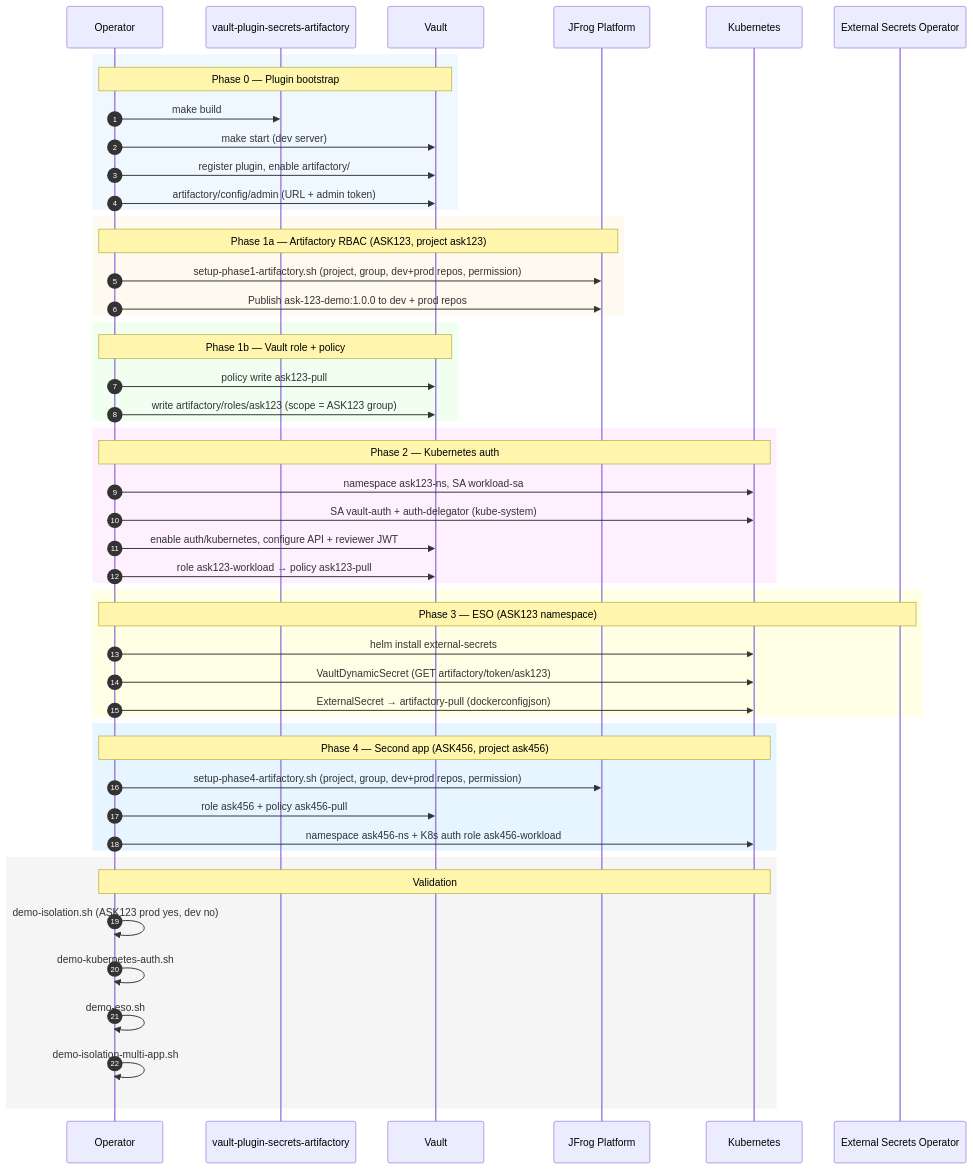
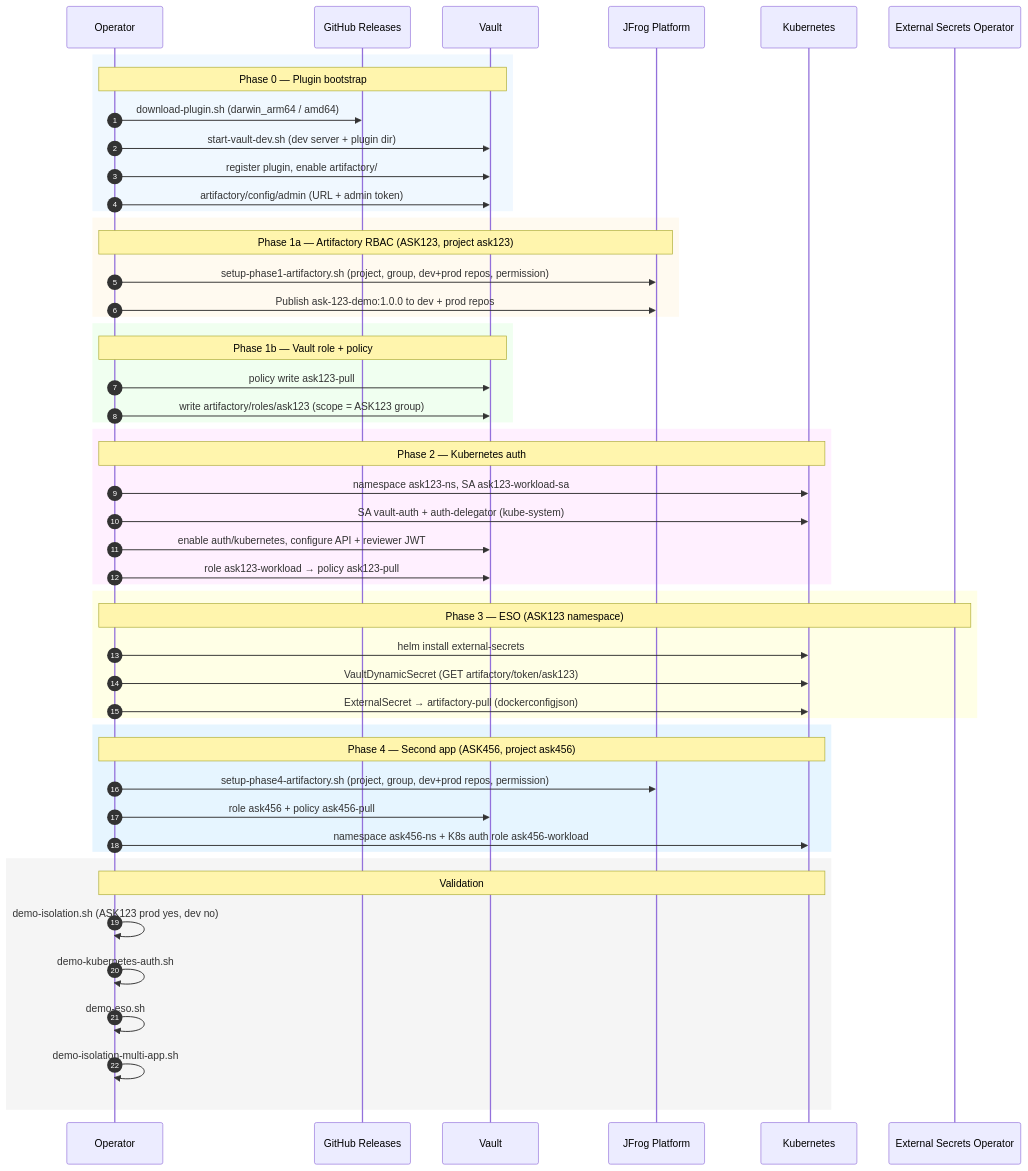
The third of 7 diagrams in docs/visual-architecture.md (tomjfrog/vault-artifactory-lab), drawn with Mermaid before and after one commit. The commit also changed other lines of this file and 15 other files, not shown here.

````diff
--- a/docs/visual-architecture.md
+++ b/docs/visual-architecture.md
@@ -193,60 +193,60 @@
 ```mermaid
 sequenceDiagram
     autonumber
     participant Op as Operator
-    participant PluginRepo as vault-plugin-secrets-artifactory
+    participant GH as GitHub Releases
     participant Vault
     participant JFrog as JFrog Platform
     participant K8s as Kubernetes
     participant ESO as External Secrets Operator
 
     rect rgb(240, 248, 255)
         Note over Op,Vault: Phase 0 — Plugin bootstrap
-        Op->>PluginRepo: make build
-        Op->>Vault: make start (dev server)
+        Op->>GH: download-plugin.sh (darwin_arm64 / amd64)
+        Op->>Vault: start-vault-dev.sh (dev server + plugin dir)
         Op->>Vault: register plugin, enable artifactory/
         Op->>Vault: artifactory/config/admin (URL + admin token)
     end
 
     rect rgb(255, 250, 240)
         Note over Op,JFrog: Phase 1a — Artifactory RBAC (ASK123, project ask123)
         Op->>JFrog: setup-phase1-artifactory.sh (project, group, dev+prod repos, permission)
         Op->>JFrog: Publish ask-123-demo:1.0.0 to dev + prod repos
     end
 
     rect rgb(240, 255, 240)
         Note over Op,Vault: Phase 1b — Vault role + policy
         Op->>Vault: policy write ask123-pull
         Op->>Vault: write artifactory/roles/ask123 (scope = ASK123 group)
     end
 
     rect rgb(255, 240, 255)
         Note over Op,K8s: Phase 2 — Kubernetes auth
-        Op->>K8s: namespace ask123-ns, SA workload-sa
+        Op->>K8s: namespace ask123-ns, SA ask123-workload-sa
         Op->>K8s: SA vault-auth + auth-delegator (kube-system)
         Op->>Vault: enable auth/kubernetes, configure API + reviewer JWT
         Op->>Vault: role ask123-workload → policy ask123-pull
     end
 
     rect rgb(255, 255, 230)
         Note over Op,ESO: Phase 3 — ESO (ASK123 namespace)
         Op->>K8s: helm install external-secrets
         Op->>K8s: VaultDynamicSecret (GET artifactory/token/ask123)
         Op->>K8s: ExternalSecret → artifactory-pull (dockerconfigjson)
     end
 
     rect rgb(230, 245, 255)
         Note over Op,K8s: Phase 4 — Second app (ASK456, project ask456)
         Op->>JFrog: setup-phase4-artifactory.sh (project, group, dev+prod repos, permission)
         Op->>Vault: role ask456 + policy ask456-pull
         Op->>K8s: namespace ask456-ns + K8s auth role ask456-workload
     end
 
     rect rgb(245, 245, 245)
         Note over Op,K8s: Validation
         Op->>Op: demo-isolation.sh (ASK123 prod yes, dev no)
         Op->>Op: demo-kubernetes-auth.sh
         Op->>Op: demo-eso.sh
         Op->>Op: demo-isolation-multi-app.sh
     end
 ```
````
